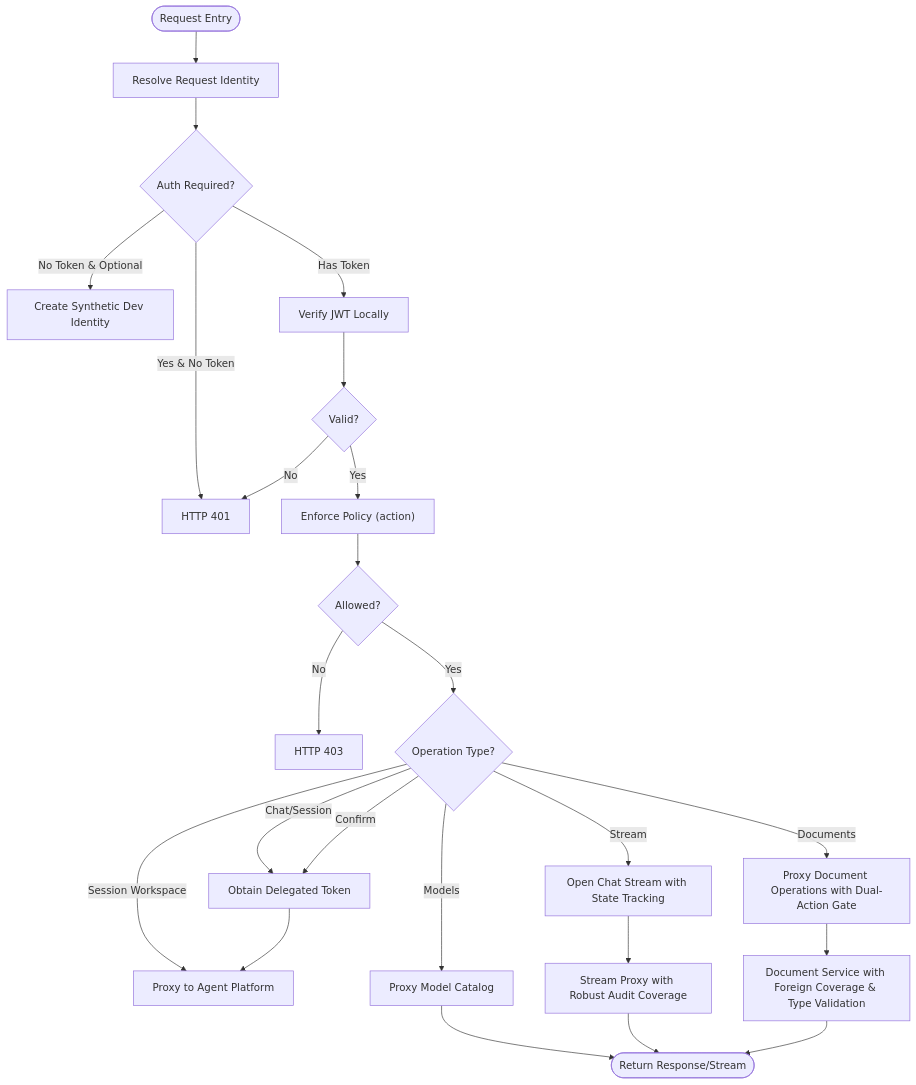
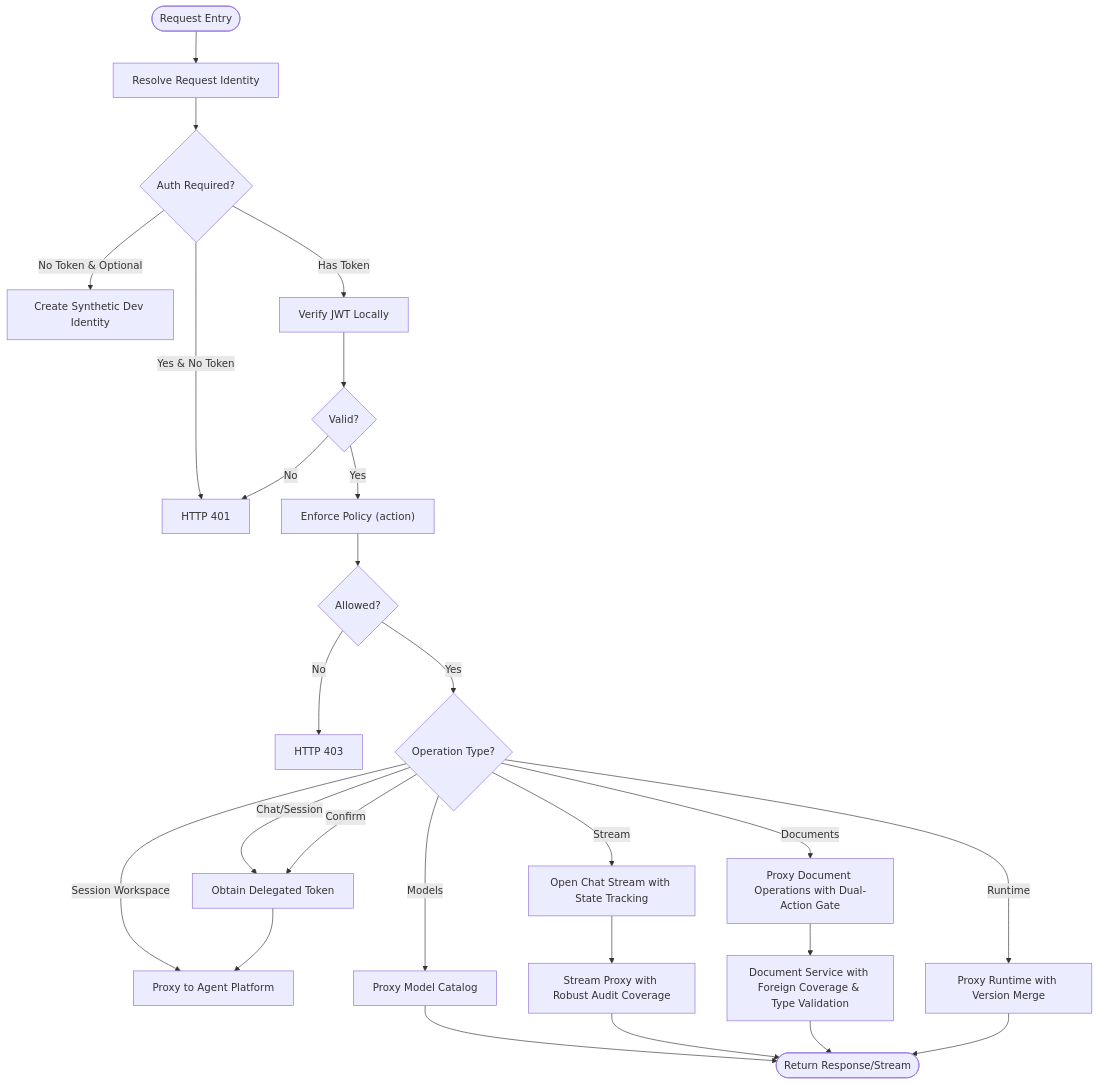
One commit to metasync/luban-aiops changed diagram 13 of 16 in .qoder/repowiki/en/content/Architecture Documentation/Platform Gateway Service.md. Above: the diagram before and after it, drawn with Mermaid. The commit also changed other lines of this file and 5 other files, not shown here.

````diff
--- a/.qoder/repowiki/en/content/Architecture Documentation/Platform Gateway Service.md
+++ b/.qoder/repowiki/en/content/Architecture Documentation/Platform Gateway Service.md
@@ -889,26 +950,28 @@
 ```mermaid
 flowchart TD
 Start(["Request Entry"]) --> ResolveId["Resolve Request Identity"]
 ResolveId --> AuthCheck{"Auth Required?"}
 AuthCheck --> |Yes & No Token| Deny401["HTTP 401"]
 AuthCheck --> |No Token & Optional| Synthetic["Create Synthetic Dev Identity"]
 AuthCheck --> |Has Token| Verify["Verify JWT Locally"]
 Verify --> Valid{"Valid?"}
 Valid --> |No| Deny401
 Valid --> |Yes| PolicyEnf["Enforce Policy (action)"]
 PolicyEnf --> Allowed{"Allowed?"}
 Allowed --> |No| Deny403["HTTP 403"]
 Allowed --> |Yes| CheckType{"Operation Type?"}
 CheckType --> |Chat/Session| Delegate["Obtain Delegated Token"]
 CheckType --> |Confirm| Delegate
 CheckType --> |Session Workspace| Proxy["Proxy to Agent Platform"]
 CheckType --> |Documents| DocProxy["Proxy Document Operations with Dual-Action Gate"]
 CheckType --> |Stream| OpenStream["Open Chat Stream with State Tracking"]
 CheckType --> |Models| ModelProxy["Proxy Model Catalog"]
+CheckType --> |Runtime| RuntimeProxy["Proxy Runtime with Version Merge"]
 Delegate --> Proxy
 DocProxy --> DocService["Document Service with Foreign Coverage & Type Validation"]
 OpenStream --> StreamProxy["Stream Proxy with Robust Audit Coverage"]
 ModelProxy --> Return(["Return Response/Stream"])
 StreamProxy --> Return
 DocService --> Return
+RuntimeProxy --> Return
 ```
````
